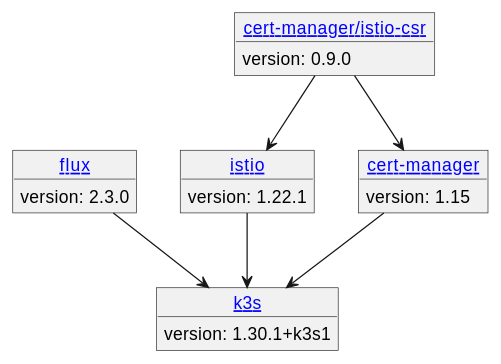
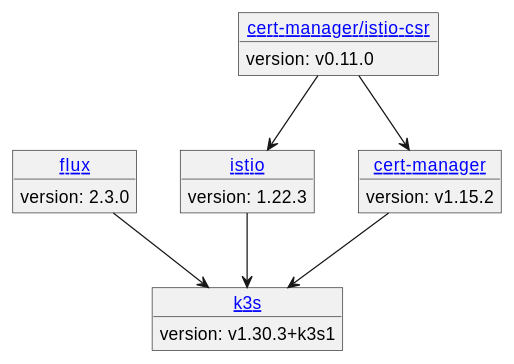
Before and after one commit to pOH7/poh7.github.io: the first of 3 diagrams in blog/modules/homelab/pages/automate-deployment.adoc, drawn with PlantUML. The commit also changed 31 other files, not shown here.

```diff
--- a/blog/modules/homelab/pages/automate-deployment.adoc
+++ b/blog/modules/homelab/pages/automate-deployment.adoc
@@ -7,23 +7,23 @@
 [plantuml,scale=0.5,svg]
 ----
 object "[[https://fluxcd.io/flux/installation/ flux]]" as flux {
   version: 2.3.0
 }
 object "[[https://istio.io/latest/docs/releases/supported-releases/ istio]]" as istio {
-  version: 1.22.1
+  version: 1.22.3
 }
 object "[[https://cert-manager.io/docs/releases/ cert-manager]]" as certmanager {
-  version: 1.15
+  version: v1.15.2
 }
 object "[[https://github.com/k3s-io/k3s/releases k3s]]" as k3s {
-  version: 1.30.1+k3s1
+  version: v1.30.3+k3s1
 }
 object "[[https://github.com/cert-manager/istio-csr cert-manager/istio-csr]]" as csr {
-  version: 0.9.0
+  version: v0.11.0
 }
 flux --> k3s
 istio --> k3s
 certmanager --> k3s
 csr --> istio
 csr --> certmanager
 ----
```
